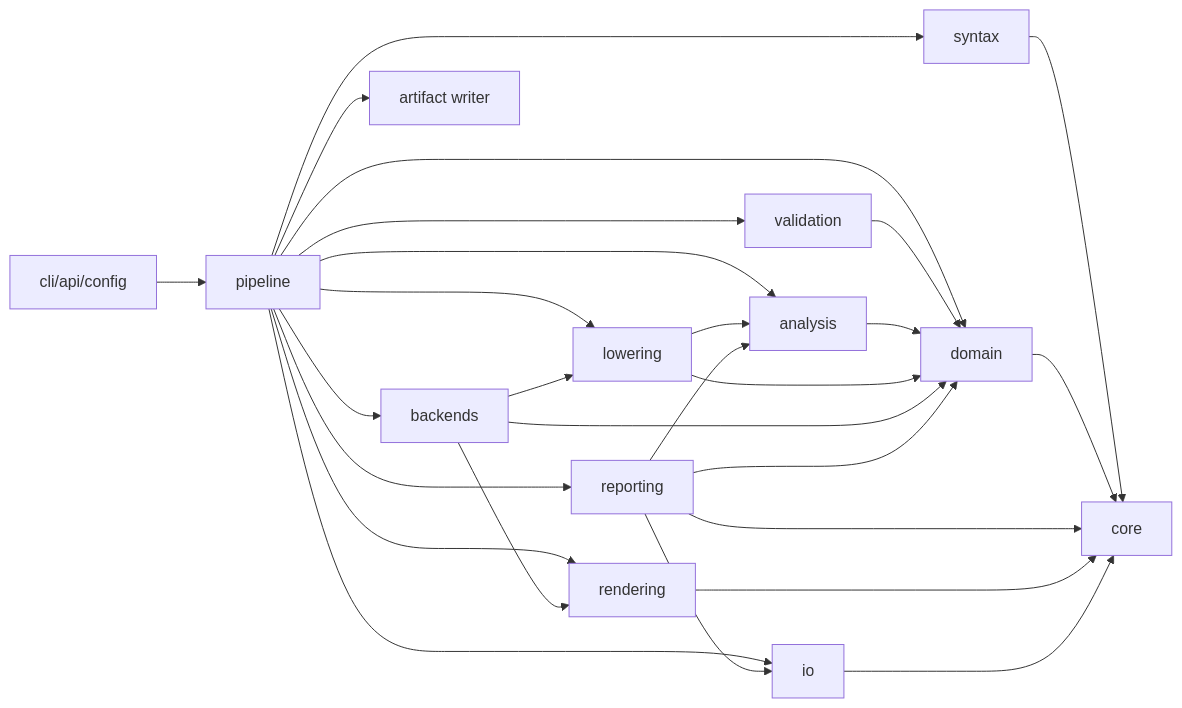
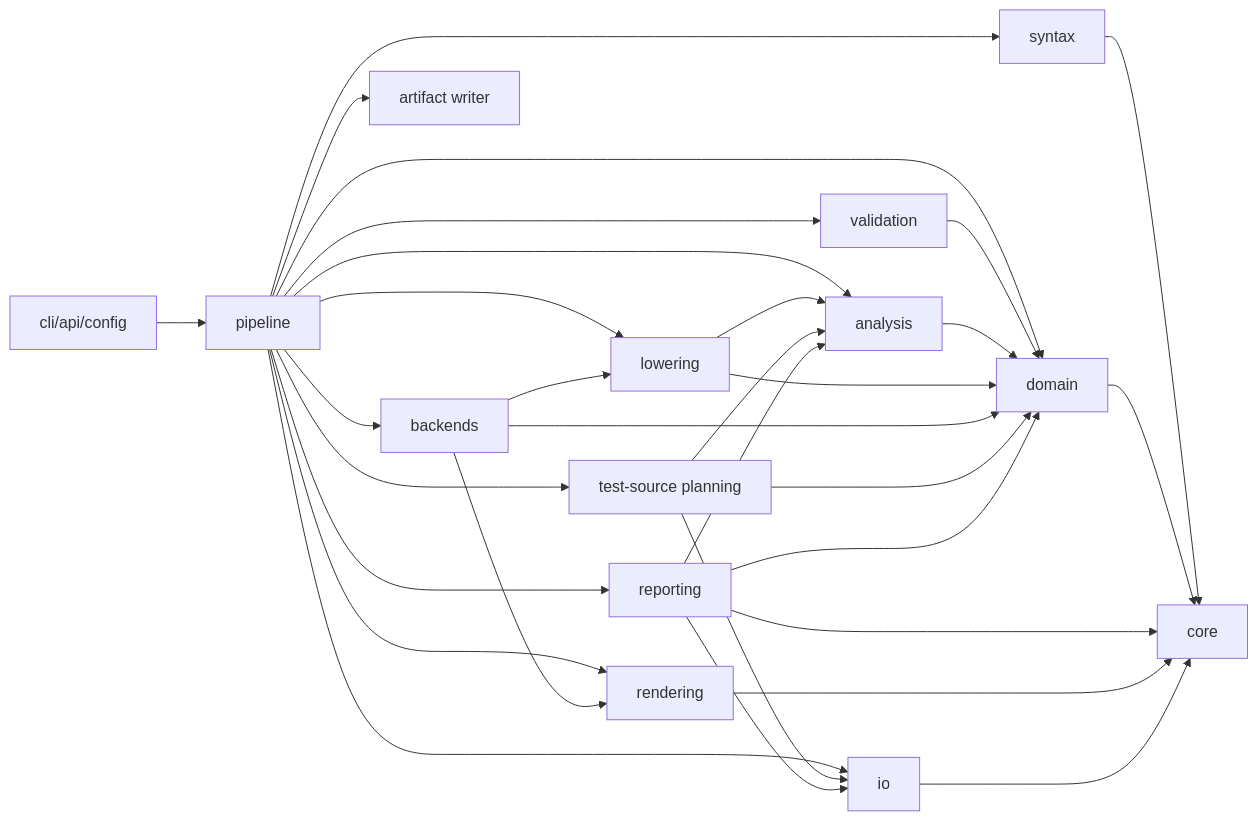
One commit to JPietrzykTUD/tslgen-v2 changed the diagram in docs/redesign/target-architecture.md. Above: the diagram before and after it, drawn with Mermaid. The commit also changed other lines of this file and 5 other files, not shown here.

````diff
--- a/docs/redesign/target-architecture.md
+++ b/docs/redesign/target-architecture.md
@@ -91,30 +102,34 @@
 ```mermaid
 flowchart LR
     CLI[cli/api/config] --> Pipeline[pipeline]
     Pipeline --> IO[io]
     Pipeline --> Syntax[syntax]
     Pipeline --> Domain[domain]
     Pipeline --> Validation[validation]
     Pipeline --> Analysis[analysis]
     Pipeline --> Lowering[lowering]
     Pipeline --> Backends[backends]
     Pipeline --> Rendering[rendering]
     Pipeline --> Reporting[reporting]
-    Pipeline --> Artifacts[artifact writer]
+    Pipeline --> ArtifactWriter[artifact writer]
+    Pipeline --> TestGen[test-source planning]
 
     Syntax --> Core[core]
     Domain --> Core
     Validation --> Domain
     Analysis --> Domain
     Lowering --> Domain
     Lowering --> Analysis
     Backends --> Domain
     Backends --> Lowering
     Backends --> Rendering
+    TestGen --> Domain
+    TestGen --> Analysis
+    TestGen --> IO
     Reporting --> Analysis
     Reporting --> Domain
     Reporting --> IO
     Reporting --> Core
     Rendering --> Core
     IO --> Core
 ```
````
